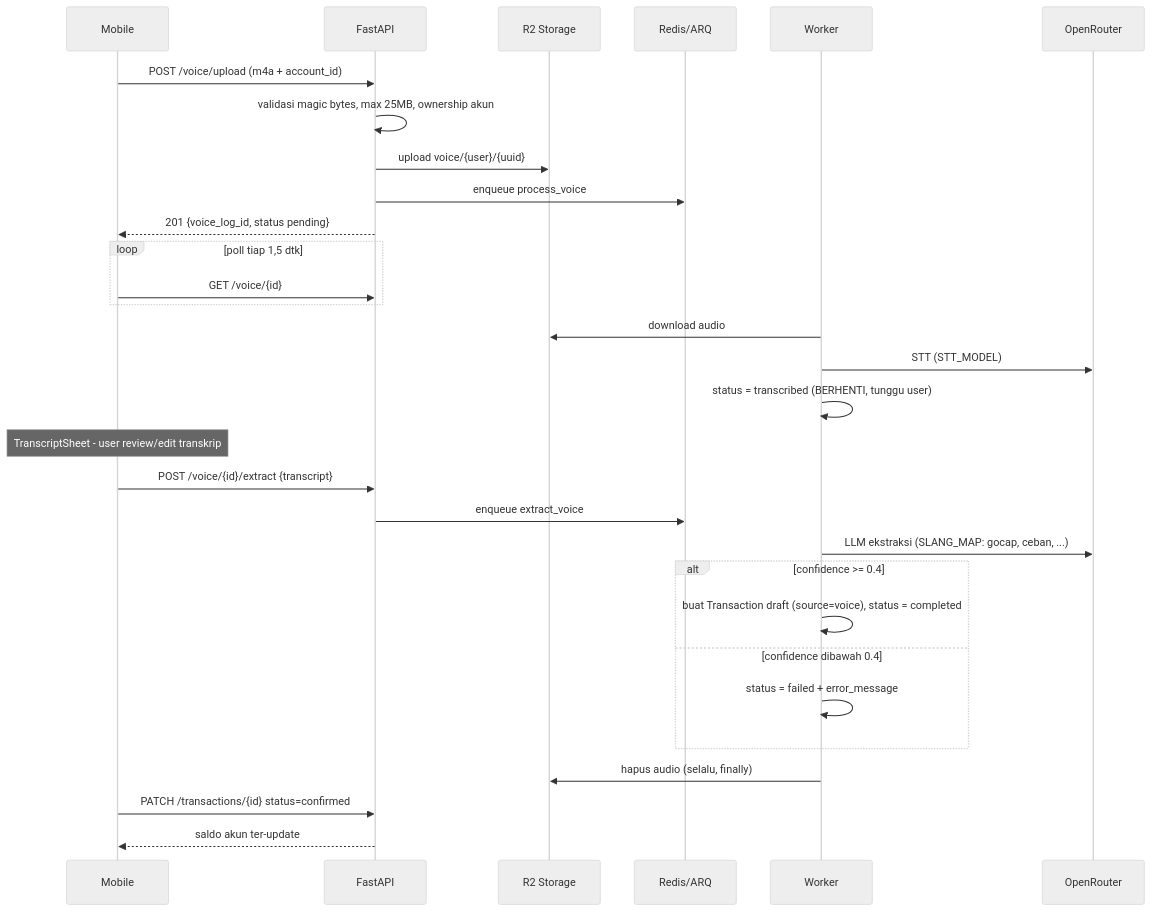
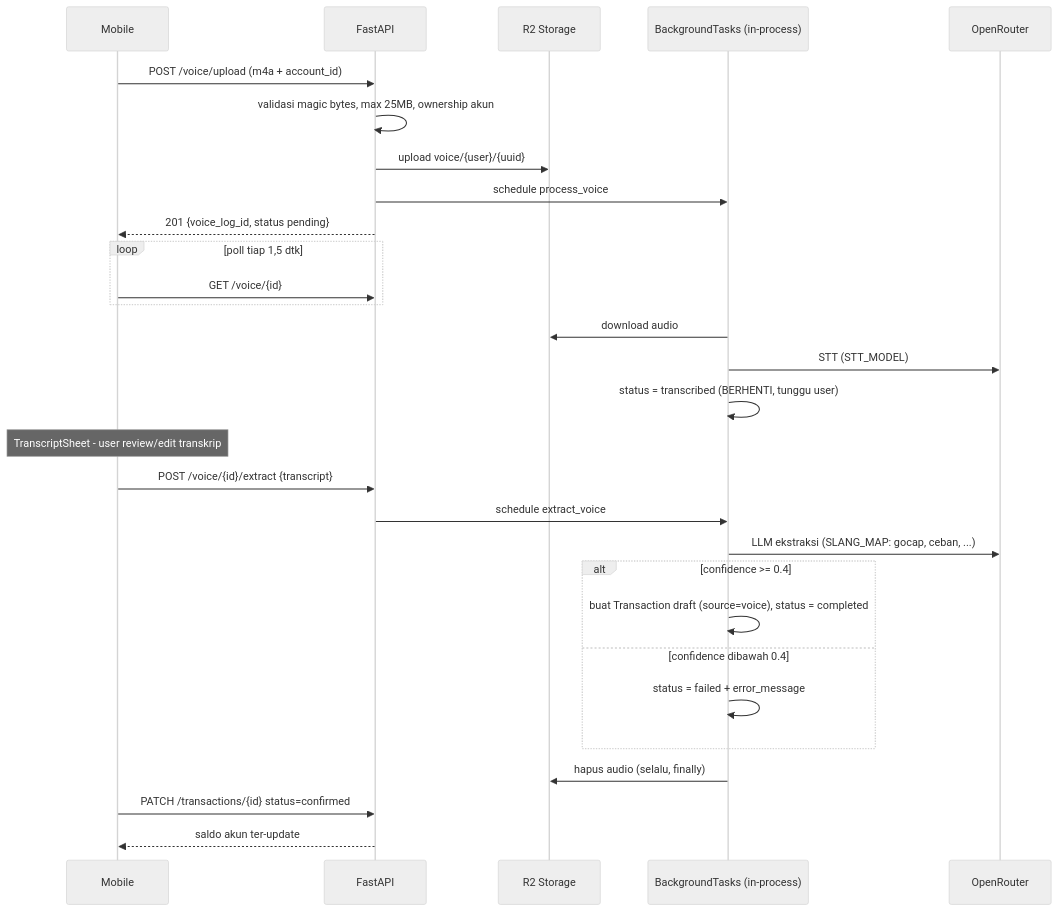
One commit to JaceJS/personal-assistant changed the eighth of 9 diagrams in docs/USER_FLOWS.md. Above: the diagram before and after it, drawn with Mermaid (neutral theme). The commit also changed other lines of this file and 13 other files, not shown here.

First line of the commit message:
chore: finish Redis/ARQ removal in CI, staging, docs, privacy policy

````diff
--- a/docs/USER_FLOWS.md
+++ b/docs/USER_FLOWS.md
@@ -377,33 +377,32 @@
 ```mermaid
 sequenceDiagram
     participant M as Mobile
     participant API as FastAPI
     participant R2 as R2 Storage
-    participant Q as Redis/ARQ
-    participant W as Worker
+    participant BG as BackgroundTasks (in-process)
     participant OR as OpenRouter
 
     M->>API: POST /voice/upload (m4a + account_id)
     API->>API: validasi magic bytes, max 25MB, ownership akun
     API->>R2: upload voice/{user}/{uuid}
-    API->>Q: enqueue process_voice
+    API->>BG: schedule process_voice
     API-->>M: 201 {voice_log_id, status pending}
     loop poll tiap 1,5 dtk
         M->>API: GET /voice/{id}
     end
-    W->>R2: download audio
-    W->>OR: STT (STT_MODEL)
-    W->>W: status = transcribed (BERHENTI, tunggu user)
+    BG->>R2: download audio
+    BG->>OR: STT (STT_MODEL)
+    BG->>BG: status = transcribed (BERHENTI, tunggu user)
     Note over M: TranscriptSheet - user review/edit transkrip
     M->>API: POST /voice/{id}/extract {transcript}
-    API->>Q: enqueue extract_voice
-    W->>OR: LLM ekstraksi (SLANG_MAP: gocap, ceban, ...)
+    API->>BG: schedule extract_voice
+    BG->>OR: LLM ekstraksi (SLANG_MAP: gocap, ceban, ...)
     alt confidence >= 0.4
-        W->>W: buat Transaction draft (source=voice), status = completed
+        BG->>BG: buat Transaction draft (source=voice), status = completed
     else confidence dibawah 0.4
-        W->>W: status = failed + error_message
+        BG->>BG: status = failed + error_message
     end
-    W->>R2: hapus audio (selalu, finally)
+    BG->>R2: hapus audio (selalu, finally)
     M->>API: PATCH /transactions/{id} status=confirmed
     API-->>M: saldo akun ter-update
 ```
````
